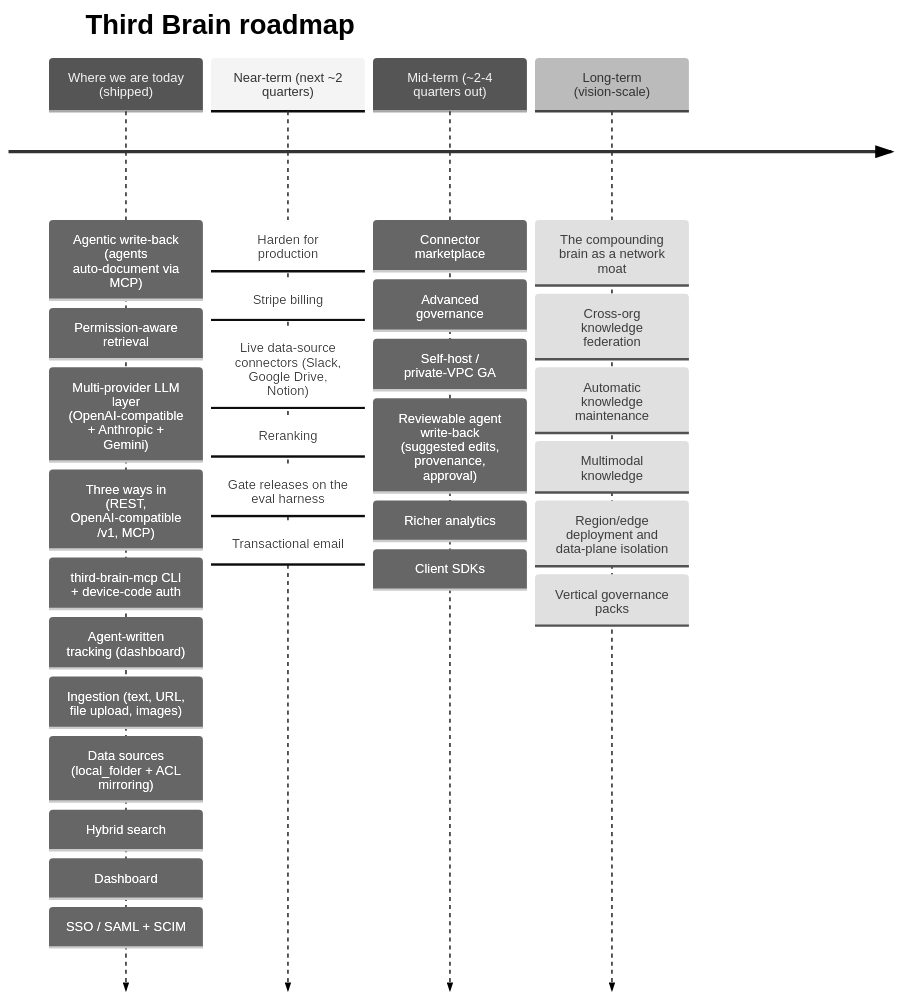
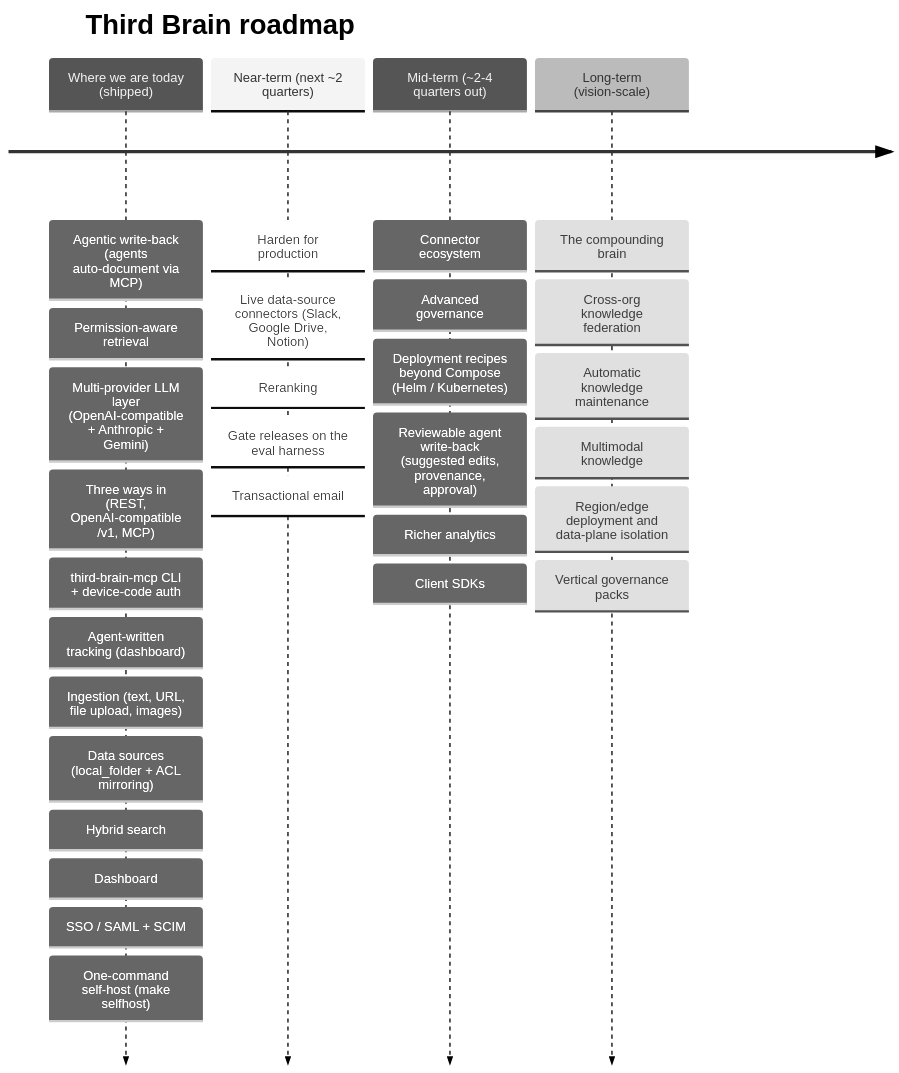
Before and after one commit to km322/Third-Brain: the diagram in docs/ROADMAP.md, drawn with Mermaid (neutral theme). The commit also changed other lines of this file and 152 other files, not shown here.

First line of the commit message:
Make Third Brain fully open source

````diff
--- a/docs/ROADMAP.md
+++ b/docs/ROADMAP.md
@@ -12,37 +17,37 @@
 ```mermaid
 timeline
     title Third Brain roadmap
     Where we are today (shipped)
         : Agentic write-back (agents auto-document via MCP)
         : Permission-aware retrieval
         : Multi-provider LLM layer (OpenAI-compatible + Anthropic + Gemini)
         : Three ways in (REST, OpenAI-compatible /v1, MCP)
         : third-brain-mcp CLI + device-code auth
         : Agent-written tracking (dashboard)
         : Ingestion (text, URL, file upload, images)
         : Data sources (local_folder + ACL mirroring)
         : Hybrid search
         : Dashboard
         : SSO / SAML + SCIM
+        : One-command self-host (make selfhost)
     Near-term (next ~2 quarters)
         : Harden for production
-        : Stripe billing
         : Live data-source connectors (Slack, Google Drive, Notion)
         : Reranking
         : Gate releases on the eval harness
         : Transactional email
     Mid-term (~2-4 quarters out)
-        : Connector marketplace
+        : Connector ecosystem
         : Advanced governance
-        : Self-host / private-VPC GA
+        : Deployment recipes beyond Compose (Helm / Kubernetes)
         : Reviewable agent write-back (suggested edits, provenance, approval)
         : Richer analytics
         : Client SDKs
     Long-term (vision-scale)
-        : The compounding brain as a network moat
+        : The compounding brain
         : Cross-org knowledge federation
         : Automatic knowledge maintenance
         : Multimodal knowledge
         : Region/edge deployment and data-plane isolation
         : Vertical governance packs
 ```
````
